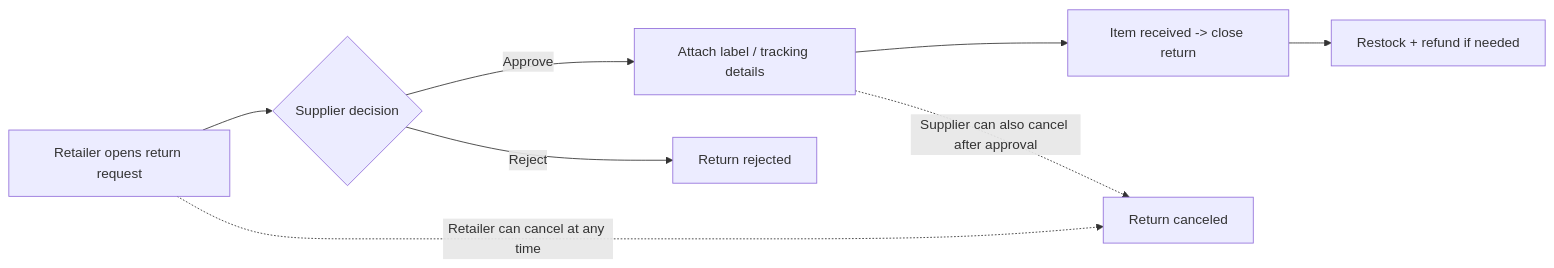
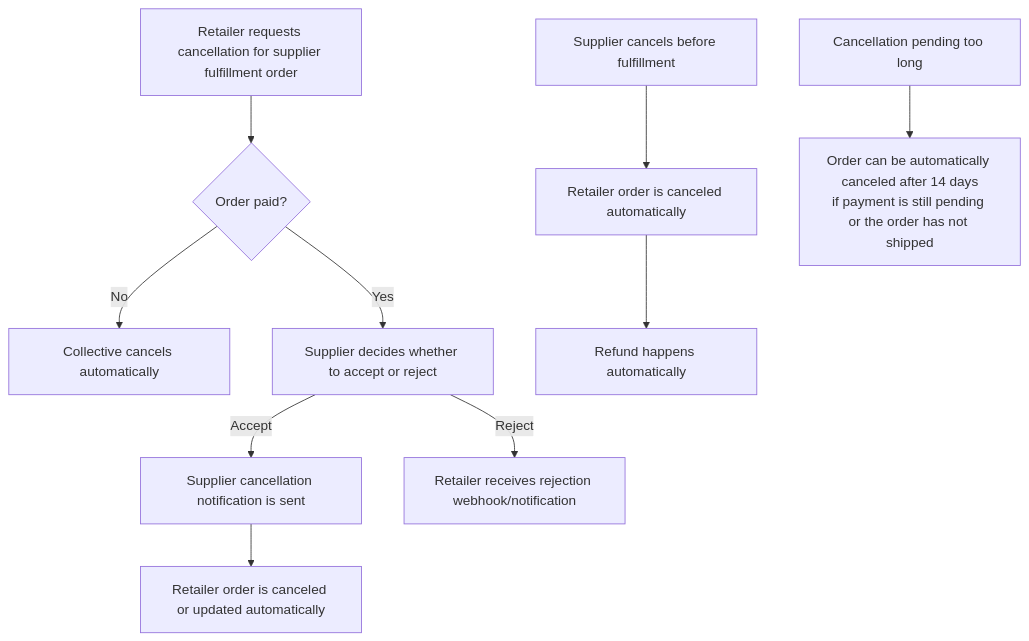
Before and after one commit to shopify-apac-ts/shopify-technical-docs: the sixth of 9 diagrams in shopify-collective-architecture.md, drawn with Mermaid. The commit also changed other lines of this file and 1 other file, not shown here.

Commit message:
Update Shopify Collective architecture flows

````diff
--- a/shopify-collective-architecture.md
+++ b/shopify-collective-architecture.md
@@ -55,10 +187,14 @@
 ```mermaid
-flowchart LR
-    A["Retailer opens return request"] --> B{"Supplier decision"}
-    B -->|"Approve"| C["Attach label / tracking details"]
-    B -->|"Reject"| X["Return rejected"]
-    C --> D["Item received -> close return"]
-    D --> E["Restock + refund if needed"]
-    A -. "Retailer can cancel at any time" .-> F["Return canceled"]
-    C -. "Supplier can also cancel after approval" .-> F
+flowchart TD
+    A["Retailer requests cancellation for supplier fulfillment order"] --> B{"Order paid?"}
+    B -->|"No"| C["Collective cancels automatically"]
+    B -->|"Yes"| D["Supplier decides whether to accept or reject"]
+    D -->|"Accept"| E["Supplier cancellation notification is sent"]
+    E --> F["Retailer order is canceled or updated automatically"]
+    D -->|"Reject"| G["Retailer receives rejection webhook/notification"]
+
+    H["Supplier cancels before fulfillment"] --> I["Retailer order is canceled automatically"]
+    I --> J["Refund happens automatically"]
+
+    K["Cancellation pending too long"] --> L["Order can be automatically canceled after 14 days<br/>if payment is still pending or the order has not shipped"]
 ```
````
